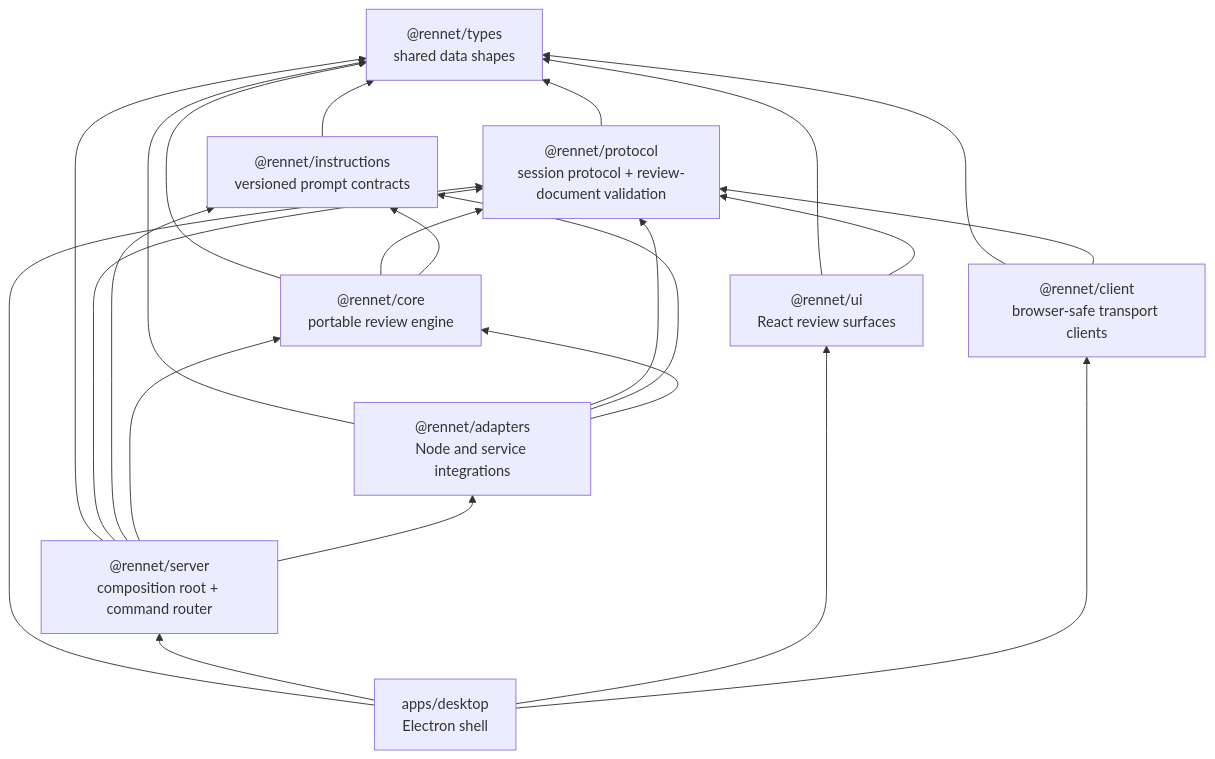
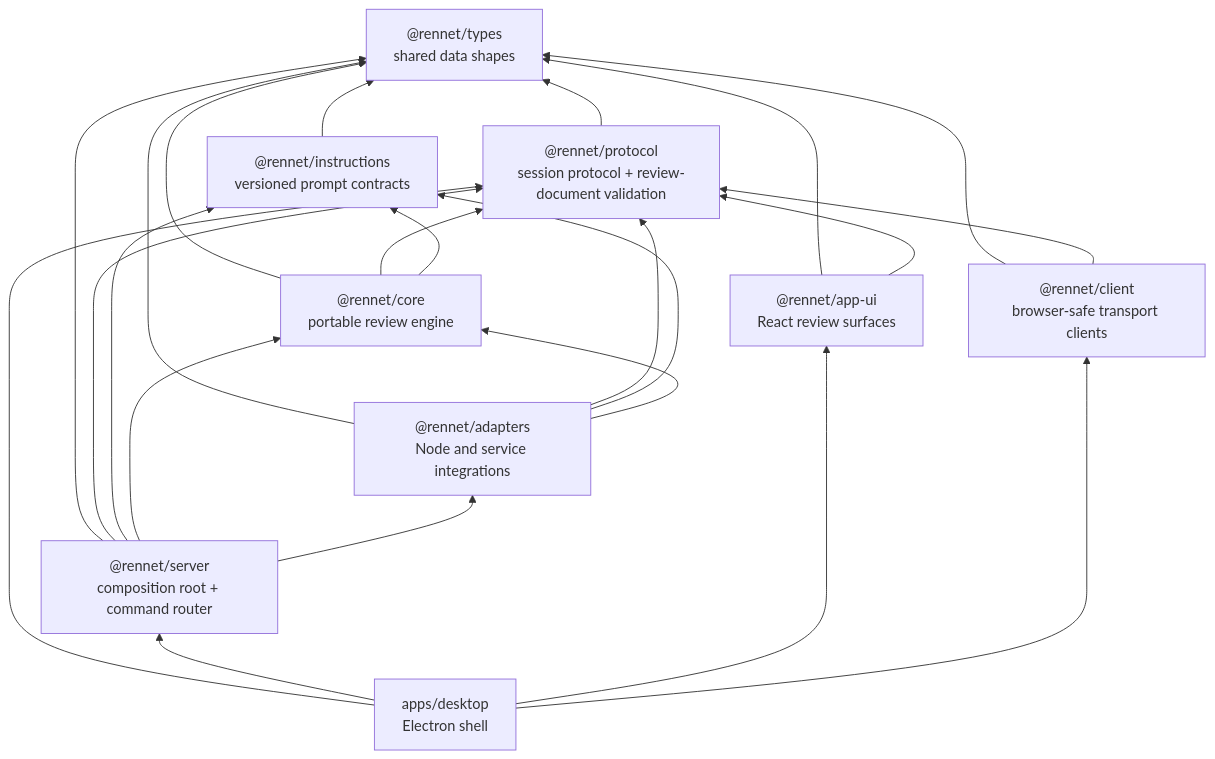
One commit to rbutera/Rennet changed the third of 7 diagrams in docs/src/content/docs/developing/concepts/architecture-overview.md. Above: the diagram before and after it, drawn with Mermaid. The commit also changed other lines of this file and 235 other files, not shown here.

First line of the commit message:
refactor(ui): rename packages/ui to app-ui and scaffold vendored @rennet/ui kit

````diff
--- a/docs/src/content/docs/developing/concepts/architecture-overview.md
+++ b/docs/src/content/docs/developing/concepts/architecture-overview.md
@@ -119,35 +119,35 @@
 ```mermaid
 flowchart BT
   types["@rennet/types<br/>shared data shapes"]
   protocol["@rennet/protocol<br/>session protocol + review-document validation"]
   instructions["@rennet/instructions<br/>versioned prompt contracts"]
   core["@rennet/core<br/>portable review engine"]
   adapters["@rennet/adapters<br/>Node and service integrations"]
   server["@rennet/server<br/>composition root + command router"]
-  ui["@rennet/ui<br/>React review surfaces"]
+  ui["@rennet/app-ui<br/>React review surfaces"]
   client["@rennet/client<br/>browser-safe transport clients"]
   desktop["apps/desktop<br/>Electron shell"]
 
   protocol --> types
   instructions --> types
   core --> types
   core --> protocol
   core --> instructions
   adapters --> types
   adapters --> protocol
   adapters --> instructions
   adapters --> core
   server --> types
   server --> protocol
   server --> instructions
   server --> core
   server --> adapters
   ui --> types
   ui --> protocol
   client --> types
   client --> protocol
   desktop --> protocol
   desktop --> server
   desktop --> ui
   desktop --> client
 ```
````
